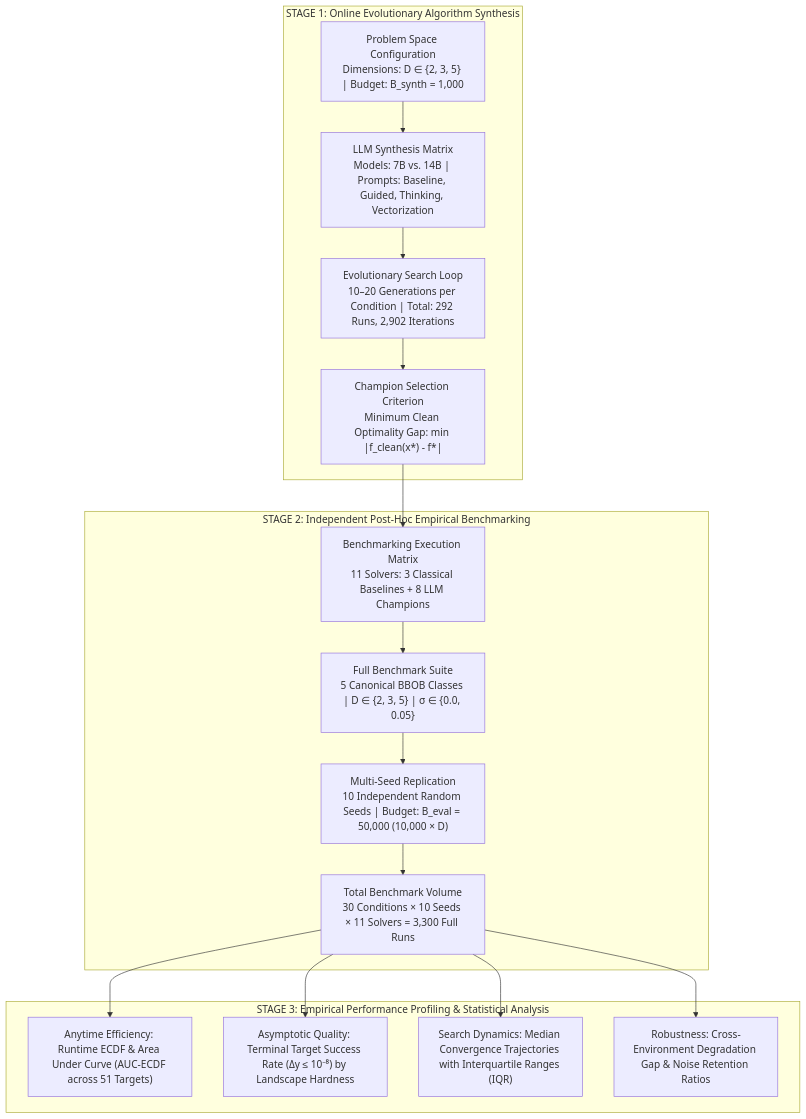
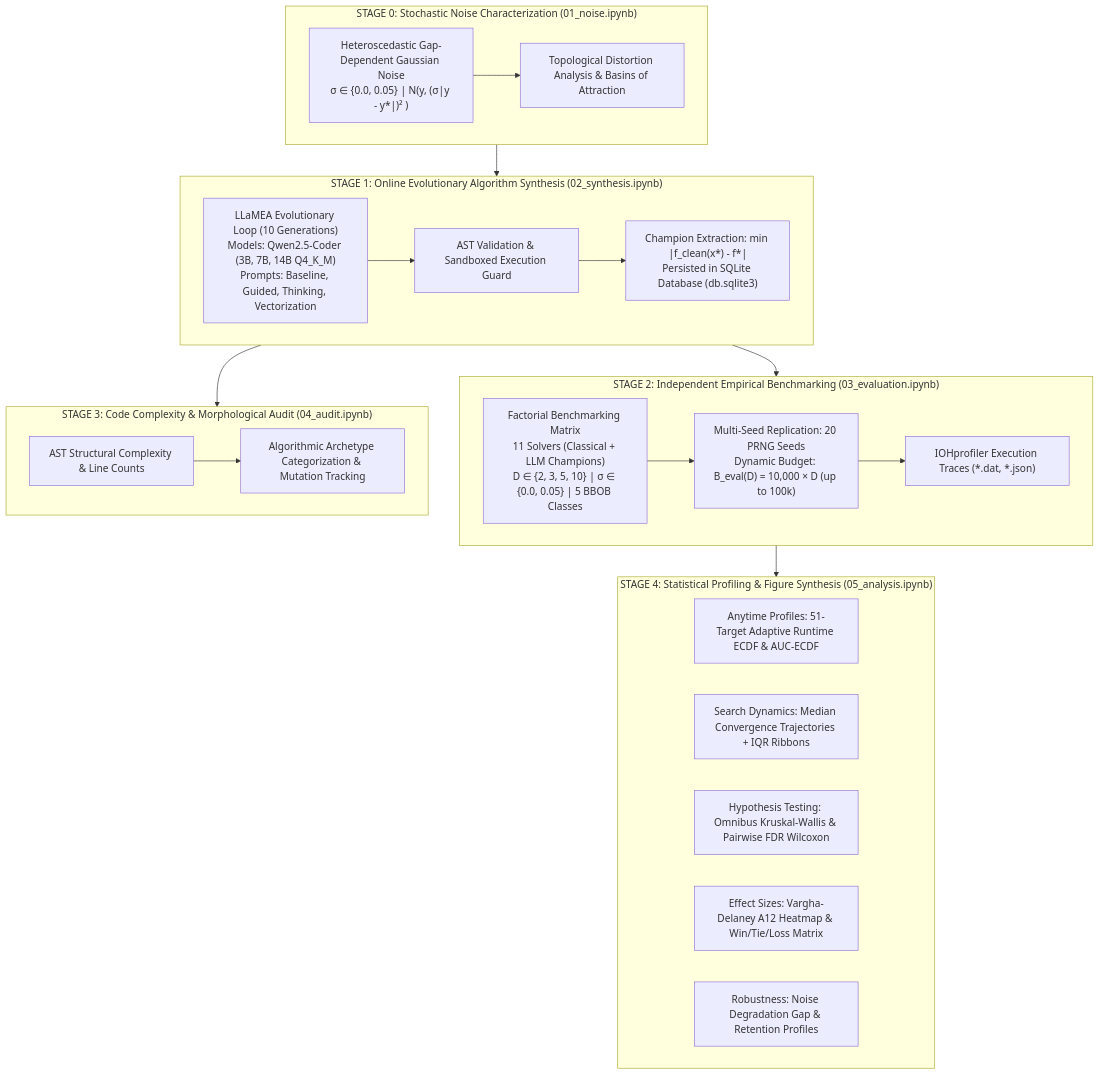
The diagram in docs/thesis_experiments_chapter_blueprint.md (Nicola-Ibrahim/AAD_LLM), drawn with Mermaid before and after one commit. The commit also changed other lines of this file and 14 other files, not shown here.

Commit message:
refactor: update thesis experimental blueprint and enhance performance analysis with new failure matrix visualizations

````diff
--- a/docs/thesis_experiments_chapter_blueprint.md
+++ b/docs/thesis_experiments_chapter_blueprint.md
@@ -23,22 +28,39 @@
 ```mermaid
 flowchart TD
-    subgraph Stage1 ["STAGE 1: Online Evolutionary Algorithm Synthesis"]
-        A["Problem Space Configuration<br/>Dimensions: D ∈ {2, 3, 5} | Budget: B_synth = 1,000"] --> B["LLM Synthesis Matrix<br/>Models: 7B vs. 14B | Prompts: Baseline, Guided, Thinking, Vectorization"]
-        B --> C["Evolutionary Search Loop<br/>10–20 Generations per Condition | Total: 292 Runs, 2,902 Iterations"]
-        C --> D["Champion Selection Criterion<br/>Minimum Clean Optimality Gap: min |f_clean(x*) - f*|"]
+    subgraph S0 ["STAGE 0: Stochastic Noise Characterization (01_noise.ipynb)"]
+        S0_A["Heteroscedastic Gap-Dependent Gaussian Noise<br/>σ ∈ {0.0, 0.05} | N(y, (σ|y - y*|)² )"]
+        S0_B["Topological Distortion Analysis & Basins of Attraction"]
+        S0_A --> S0_B
     end
 
-    subgraph Stage2 ["STAGE 2: Independent Post-Hoc Empirical Benchmarking"]
-        D --> E["Benchmarking Execution Matrix<br/>11 Solvers: 3 Classical Baselines + 8 LLM Champions"]
-        E --> F["Full Benchmark Suite<br/>5 Canonical BBOB Classes | D ∈ {2, 3, 5} | σ ∈ {0.0, 0.05}"]
-        F --> G["Multi-Seed Replication<br/>10 Independent Random Seeds | Budget: B_eval = 50,000 (10,000 × D)"]
-        G --> H["Total Benchmark Volume<br/>30 Conditions × 10 Seeds × 11 Solvers = 3,300 Full Runs"]
+    subgraph S1 ["STAGE 1: Online Evolutionary Algorithm Synthesis (02_synthesis.ipynb)"]
+        S1_A["LLaMEA Evolutionary Loop (10 Generations)<br/>Models: Qwen2.5-Coder (3B, 7B, 14B Q4_K_M)<br/>Prompts: Baseline, Guided, Thinking, Vectorization"]
+        S1_B["AST Validation & Sandboxed Execution Guard"]
+        S1_C["Champion Extraction: min |f_clean(x*) - f*|<br/>Persisted in SQLite Database (db.sqlite3)"]
+        S1_A --> S1_B --> S1_C
     end
 
-    subgraph Stage3 ["STAGE 3: Empirical Performance Profiling & Statistical Analysis"]
-        H --> I["Anytime Efficiency: Runtime ECDF & Area Under Curve (AUC-ECDF across 51 Targets)"]
-        H --> J["Asymptotic Quality: Terminal Target Success Rate (Δy ≤ 10⁻⁸) by Landscape Hardness"]
-        H --> K["Search Dynamics: Median Convergence Trajectories with Interquartile Ranges (IQR)"]
-        H --> L["Robustness: Cross-Environment Degradation Gap & Noise Retention Ratios"]
+    subgraph S2 ["STAGE 2: Independent Empirical Benchmarking (03_evaluation.ipynb)"]
+        S2_A["Factorial Benchmarking Matrix<br/>11 Solvers (Classical + LLM Champions)<br/>D ∈ {2, 3, 5, 10} | σ ∈ {0.0, 0.05} | 5 BBOB Classes"]
+        S2_B["Multi-Seed Replication: 20 PRNG Seeds<br/>Dynamic Budget: B_eval(D) = 10,000 × D (up to 100k)"]
+        S2_C["IOHprofiler Execution Traces (*.dat, *.json)"]
+        S2_A --> S2_B --> S2_C
     end
+
+    subgraph S3 ["STAGE 3: Code Complexity & Morphological Audit (04_audit.ipynb)"]
+        S3_A["AST Structural Complexity & Line Counts"]
+        S3_B["Algorithmic Archetype Categorization & Mutation Tracking"]
+        S3_A --> S3_B
+    end
+
+    subgraph S4 ["STAGE 4: Statistical Profiling & Figure Synthesis (05_analysis.ipynb)"]
+        S4_A["Anytime Profiles: 51-Target Adaptive Runtime ECDF & AUC-ECDF"]
+        S4_B["Search Dynamics: Median Convergence Trajectories + IQR Ribbons"]
+        S4_C["Hypothesis Testing: Omnibus Kruskal-Wallis & Pairwise FDR Wilcoxon"]
+        S4_D["Effect Sizes: Vargha-Delaney A12 Heatmap & Win/Tie/Loss Matrix"]
+        S4_E["Robustness: Noise Degradation Gap & Retention Profiles"]
+    end
+
+    S0 --> S1 --> S2 --> S4
+    S1 --> S3
 ```
````
